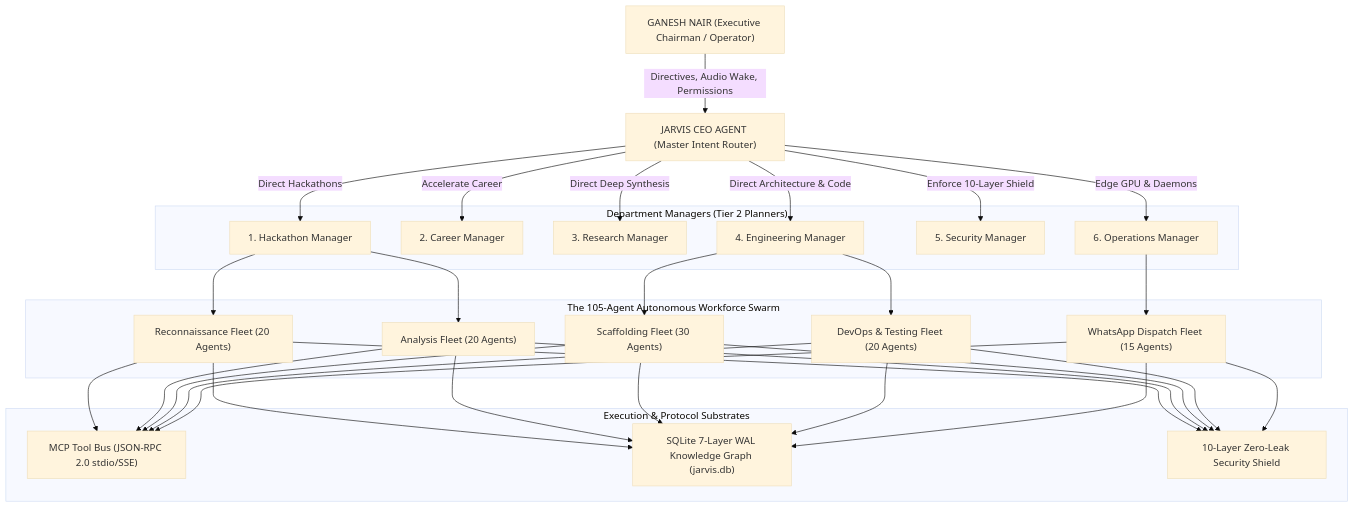
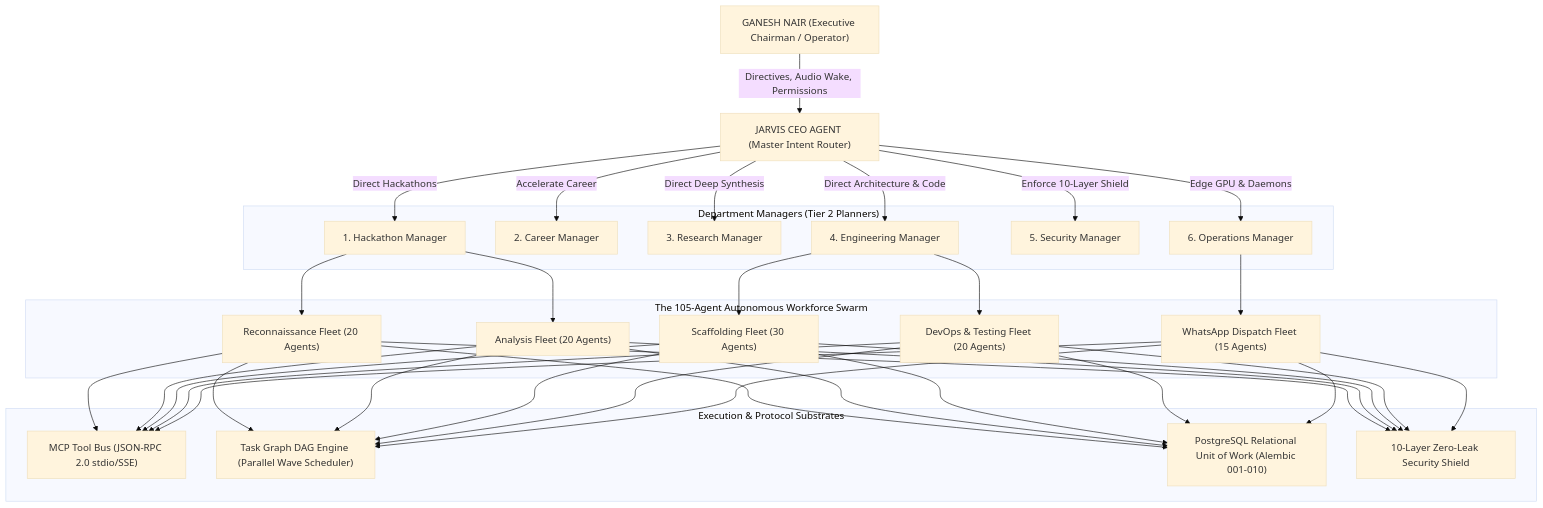
The first of 3 diagrams in README.md (GaneshNair007/Jarvis), drawn with Mermaid (base theme) before and after one commit. The commit also changed other lines of this file, not shown here.

Commit message:
docs(readme): highlight Task Graph DAG engine, Constitution layer, and 166 verified tests

````diff
--- a/README.md
+++ b/README.md
@@ -39,35 +39,36 @@
 ```mermaid
 graph TD
     USER["GANESH NAIR (Executive Chairman / Operator)"]
     USER -->|Directives, Audio Wake, Permissions| CEO["JARVIS CEO AGENT (Master Intent Router)"]
 
     CEO -->|Direct Hackathons| M1["1. Hackathon Manager"]
     CEO -->|Accelerate Career| M2["2. Career Manager"]
     CEO -->|Direct Deep Synthesis| M3["3. Research Manager"]
     CEO -->|Direct Architecture & Code| M4["4. Engineering Manager"]
     CEO -->|Enforce 10-Layer Shield| M5["5. Security Manager"]
     CEO -->|Edge GPU & Daemons| M6["6. Operations Manager"]
 
     subgraph "Department Managers (Tier 2 Planners)"
         M1
         M2
         M3
         M4
         M5
         M6
     end
 
     subgraph "The 105-Agent Autonomous Workforce Swarm"
         M1 --> W1["Reconnaissance Fleet (20 Agents)"]
         M1 --> W2["Analysis Fleet (20 Agents)"]
         M4 --> W3["Scaffolding Fleet (30 Agents)"]
         M4 --> W4["DevOps & Testing Fleet (20 Agents)"]
         M6 --> W5["WhatsApp Dispatch Fleet (15 Agents)"]
     end
 
     subgraph "Execution & Protocol Substrates"
         W1 & W2 & W3 & W4 & W5 --> MCP["MCP Tool Bus (JSON-RPC 2.0 stdio/SSE)"]
-        W1 & W2 & W3 & W4 & W5 --> MEM["SQLite 7-Layer WAL Knowledge Graph (jarvis.db)"]
+        W1 & W2 & W3 & W4 & W5 --> DAG["Task Graph DAG Engine (Parallel Wave Scheduler)"]
+        W1 & W2 & W3 & W4 & W5 --> UOW["PostgreSQL Relational Unit of Work (Alembic 001-010)"]
         W1 & W2 & W3 & W4 & W5 --> SEC["10-Layer Zero-Leak Security Shield"]
     end
 ```
````
